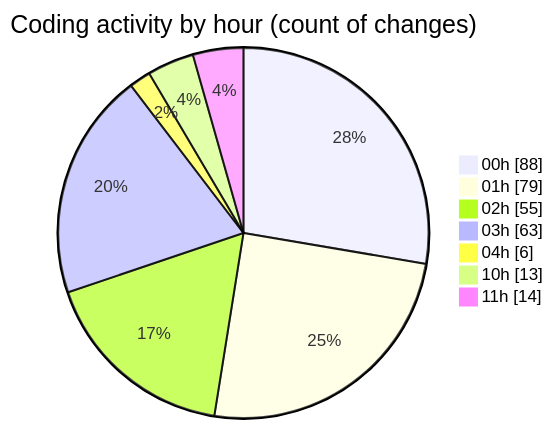
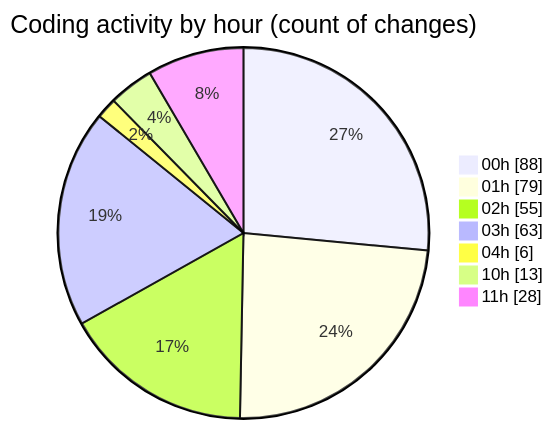
The second of 2 diagrams in 2025-08-16/rentotp/README.md (lephambinh05/code-tracking), drawn with Mermaid before and after one commit. The commit also changed other lines of this file and 1 other file, not shown here.

````diff
--- a/2025-08-16/rentotp/README.md
+++ b/2025-08-16/rentotp/README.md
@@ -70,11 +76,11 @@
 ```mermaid
 pie showData
 title Coding activity by hour (count of changes)
 "00h" : 88
 "01h" : 79
 "02h" : 55
 "03h" : 63
 "04h" : 6
 "10h" : 13
-"11h" : 14
+"11h" : 28
 ```
````
